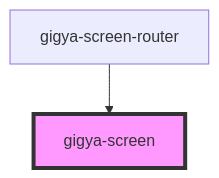
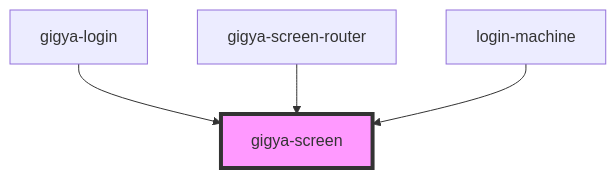
The diagram in src/components/gigya-screen/readme.md (dinavinter/storybook-auth_collection), drawn with Mermaid before and after one commit. The commit also changed other lines of this file and 32 other files, not shown here.

Commit message:
login machine

````diff
--- a/src/components/gigya-screen/readme.md
+++ b/src/components/gigya-screen/readme.md
@@ -23,5 +25,7 @@
 ```mermaid
 graph TD;
+  gigya-login --> gigya-screen
   gigya-screen-router --> gigya-screen
+  login-machine --> gigya-screen
   style gigya-screen fill:#f9f,stroke:#333,stroke-width:4px
 ```
````
